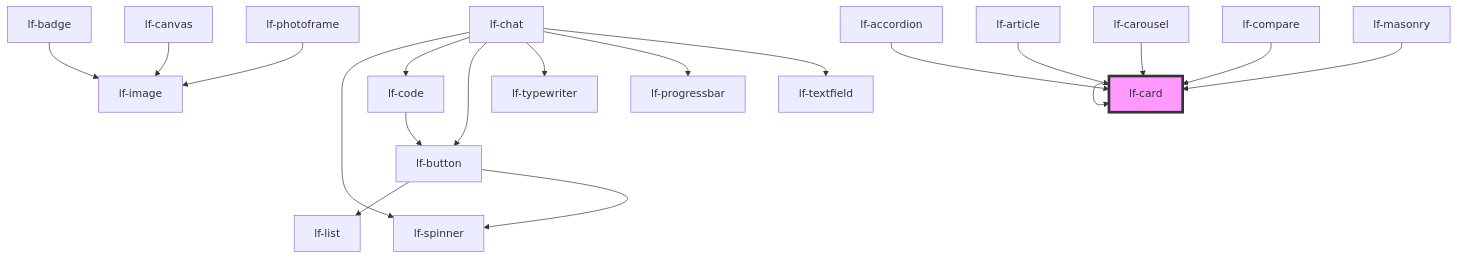
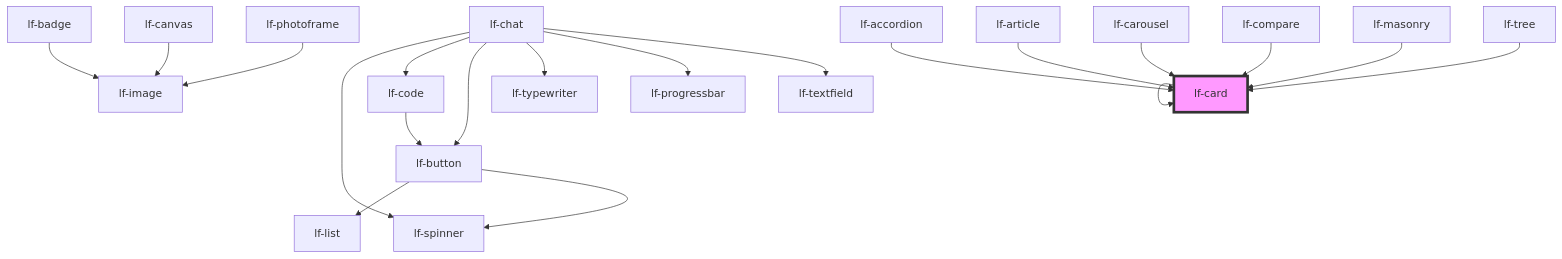
One commit to lucafoscili/lf-widgets changed the diagram in packages/core/src/components/lf-card/readme.md. Above: the diagram before and after it, drawn with Mermaid. The commit also changed other lines of this file and 17 other files, not shown here.

````diff
--- a/packages/core/src/components/lf-card/readme.md
+++ b/packages/core/src/components/lf-card/readme.md
@@ -134,22 +135,23 @@
 ```mermaid
 graph TD;
   lf-card --> lf-card
   lf-badge --> lf-image
   lf-button --> lf-list
   lf-button --> lf-spinner
   lf-canvas --> lf-image
   lf-chat --> lf-spinner
   lf-chat --> lf-code
   lf-chat --> lf-button
   lf-chat --> lf-typewriter
   lf-chat --> lf-progressbar
   lf-chat --> lf-textfield
   lf-code --> lf-button
   lf-photoframe --> lf-image
   lf-accordion --> lf-card
   lf-article --> lf-card
   lf-carousel --> lf-card
   lf-compare --> lf-card
   lf-masonry --> lf-card
+  lf-tree --> lf-card
   style lf-card fill:#f9f,stroke:#333,stroke-width:4px
 ```
````
